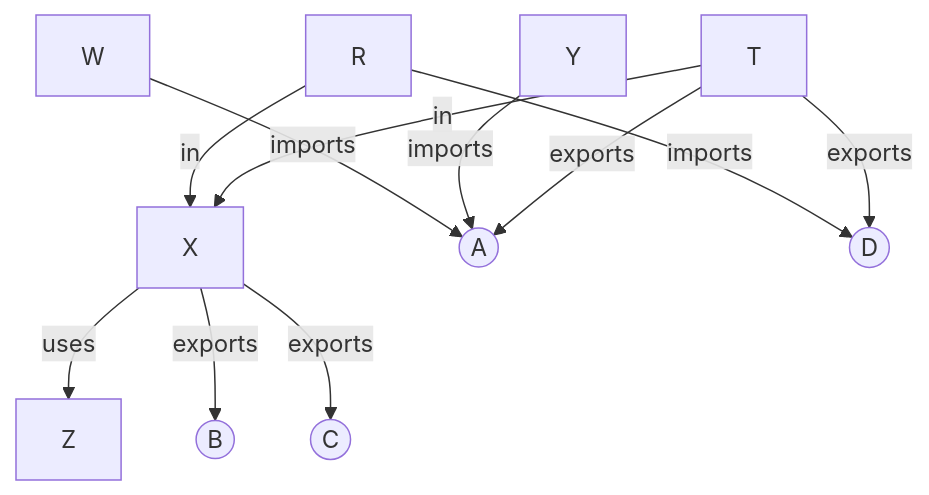
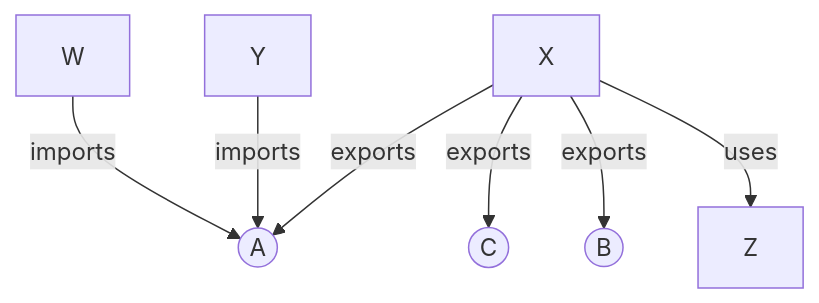
Before and after one commit to maglocvnus/data: the diagram in m/modularisation.md, drawn with Mermaid.

Commit message:
Simplify modularisation diagram
Removed unused nodes and edges from the diagram.

````diff
--- a/m/modularisation.md
+++ b/m/modularisation.md
@@ -13,24 +13,16 @@
 ```mermaid
 graph TD
-  r[R]
-  t[T]
   x[X]
   y[Y]
   z[Z]
   w[W]
   a((A))
   b((B))
   c((C))
-  d((D))
-  r -- imports --> d
-  r -- in --> x
-  t -- in --> x
   x -- uses --> z
   w -- imports --> a
   y -- imports --> a
-  t -- exports --> d
-  t -- exports --> a
+  x -- exports --> a
   x -- exports --> b
   x -- exports --> c
-
 ```
````
